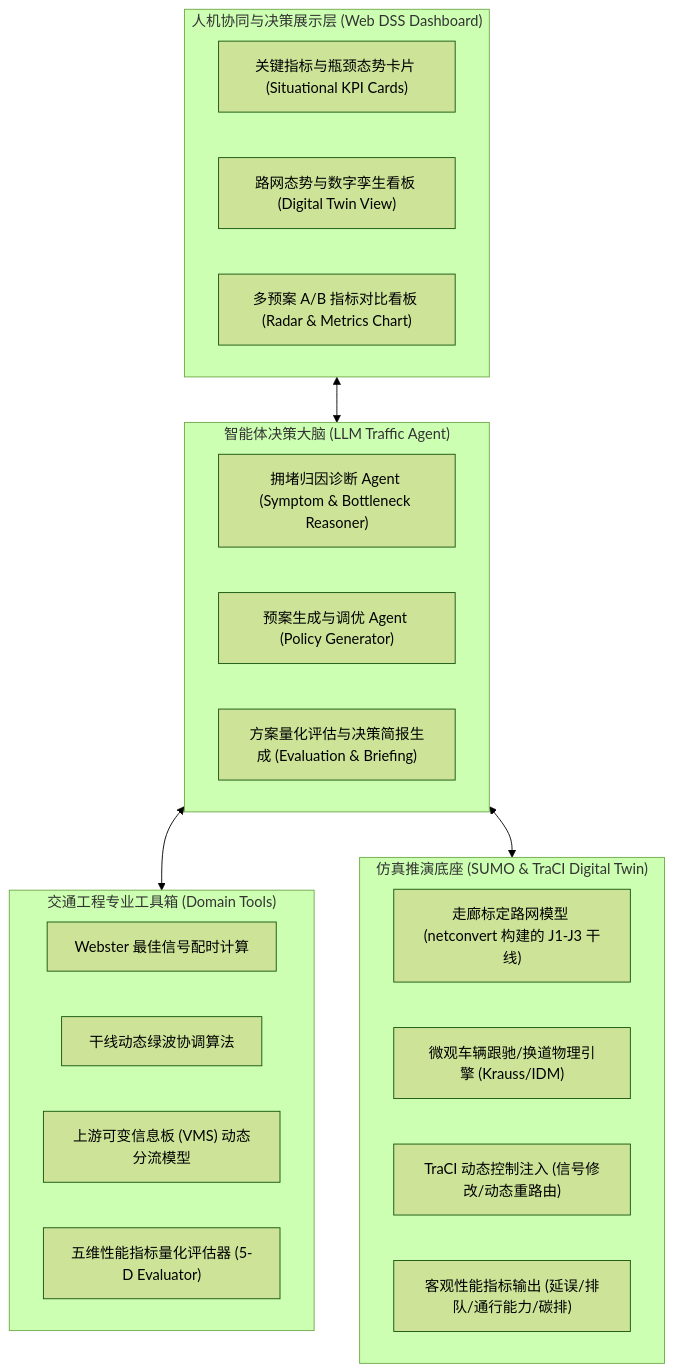
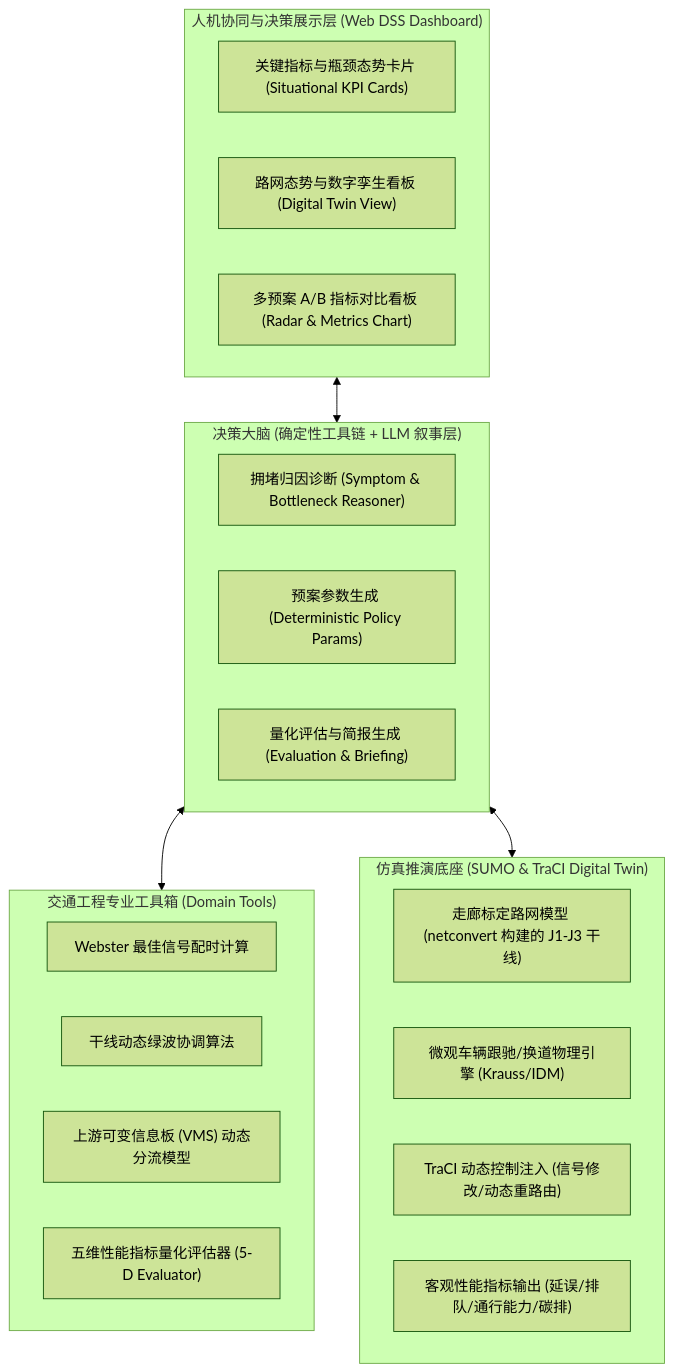
The diagram in README.md (zhutmg00-eng/TrafficAgent-DSS), drawn with Mermaid (forest theme) before and after one commit. The commit also changed other lines of this file and 2 other files, not shown here.

````diff
--- a/README.md
+++ b/README.md
@@ -35,32 +35,32 @@
 ```mermaid
 flowchart TB
     subgraph UI ["人机协同与决策展示层 (Web DSS Dashboard)"]
         A1["关键指标与瓶颈态势卡片 (Situational KPI Cards)"]
         A2["路网态势与数字孪生看板 (Digital Twin View)"]
         A3["多预案 A/B 指标对比看板 (Radar & Metrics Chart)"]
     end
 
-    subgraph AgentCore ["智能体决策大脑 (LLM Traffic Agent)"]
-        B1["拥堵归因诊断 Agent (Symptom & Bottleneck Reasoner)"]
-        B2["预案生成与调优 Agent (Policy Generator)"]
-        B3["方案量化评估与决策简报生成 (Evaluation & Briefing)"]
+    subgraph AgentCore ["决策大脑 (确定性工具链 + LLM 叙事层)"]
+        B1["拥堵归因诊断 (Symptom & Bottleneck Reasoner)"]
+        B2["预案参数生成 (Deterministic Policy Params)"]
+        B3["量化评估与简报生成 (Evaluation & Briefing)"]
     end
 
     subgraph Tools ["交通工程专业工具箱 (Domain Tools)"]
         C1["Webster 最佳信号配时计算"]
         C2["干线动态绿波协调算法"]
         C3["上游可变信息板 (VMS) 动态分流模型"]
         C4["五维性能指标量化评估器 (5-D Evaluator)"]
     end
 
     subgraph Simulation ["仿真推演底座 (SUMO & TraCI Digital Twin)"]
         D1["走廊标定路网模型 (netconvert 构建的 J1-J3 干线)"]
         D2["微观车辆跟驰/换道物理引擎 (Krauss/IDM)"]
         D3["TraCI 动态控制注入 (信号修改/动态重路由)"]
         D4["客观性能指标输出 (延误/排队/通行能力/碳排)"]
     end
 
     UI <--> AgentCore
     AgentCore <--> Tools
     AgentCore <--> Simulation
 ```
````
